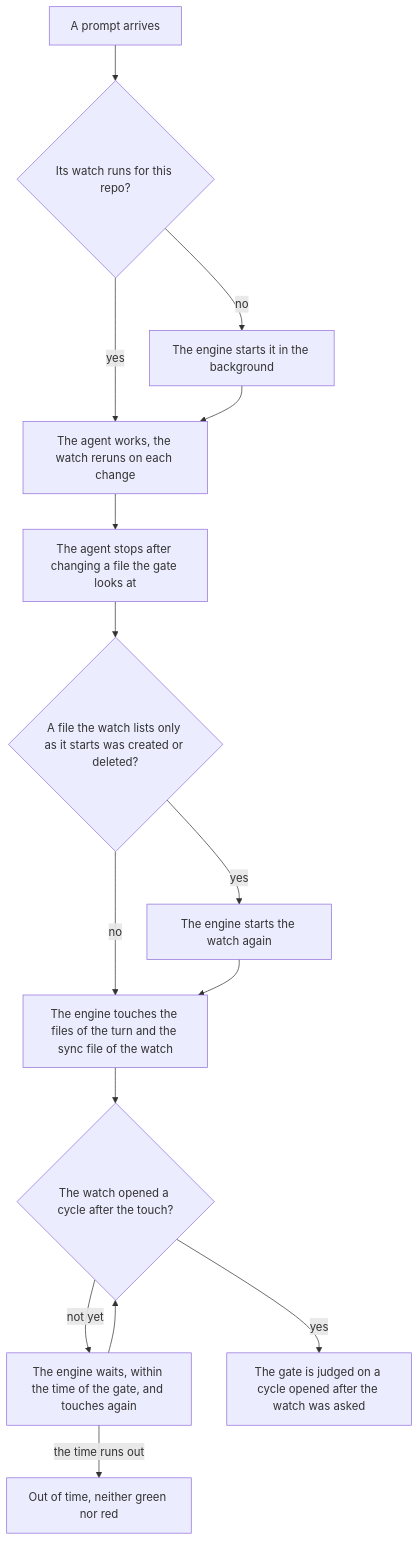
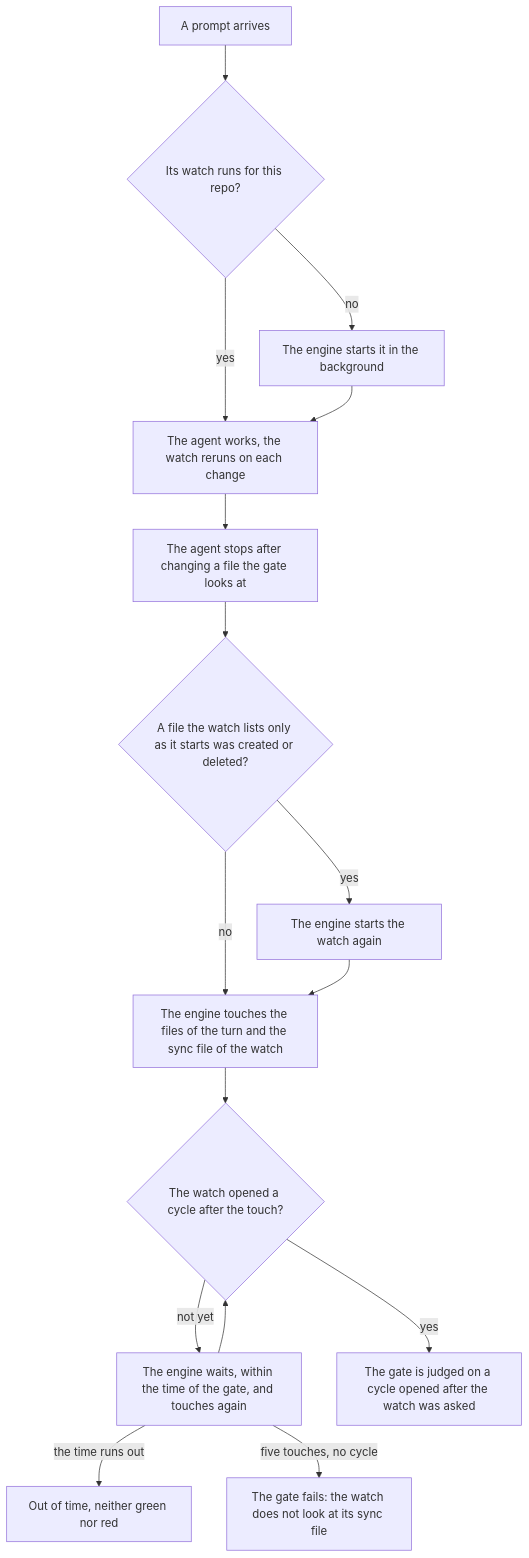
Before and after one commit to mopi1402/tayomi-deterministic-gates: the third of 4 diagrams in docs/turn.md, drawn with Mermaid. The commit also changed 10 other files, not shown here.

Commit message:
Release 0.7.1: fail a watch that does not answer its sync file, and wait for three cycles

````diff
--- a/docs/turn.md
+++ b/docs/turn.md
@@ -59,17 +59,18 @@
 ```mermaid
 flowchart TD
     prompt[A prompt arrives] --> running{Its watch runs for this repo?}
     running -- no --> launch[The engine starts it in the background]
     running -- yes --> work
     launch --> work[The agent works, the watch reruns on each change]
     work --> stop[The agent stops after changing a file the gate looks at]
     stop --> frozen{A file the watch lists only as it starts was created or deleted?}
     frozen -- yes --> again[The engine starts the watch again]
     frozen -- no --> ask
     again --> ask[The engine touches the files of the turn and the sync file of the watch]
     ask --> answered{The watch opened a cycle after the touch?}
     answered -- not yet --> wait[The engine waits, within the time of the gate, and touches again]
     wait --> answered
     answered -- yes --> last[The gate is judged on a cycle opened after the watch was asked]
     wait -- the time runs out --> late[Out of time, neither green nor red]
+    wait -- five touches, no cycle --> deaf[The gate fails: the watch does not look at its sync file]
 ```
````
